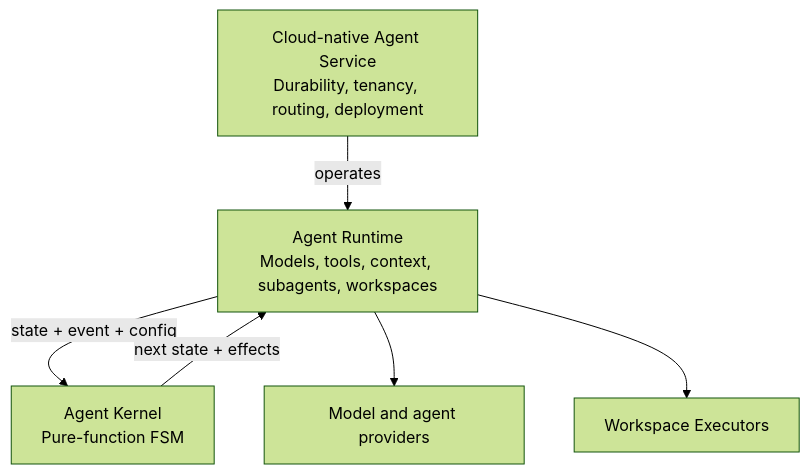
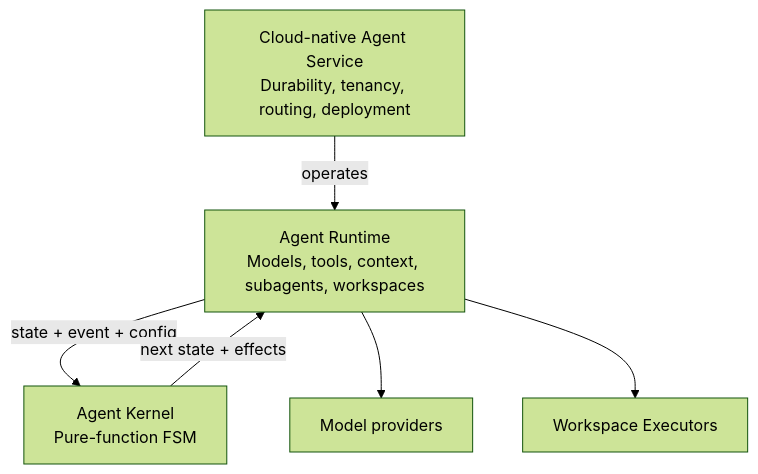
The diagram in README.md (xingsy97/kala), drawn with Mermaid (forest theme) before and after one commit. The commit also changed other lines of this file, not shown here.

````diff
--- a/README.md
+++ b/README.md
@@ -75,14 +75,14 @@
 ```mermaid
 flowchart TB
     Service["Cloud-native Agent Service<br/>Durability, tenancy, routing, deployment"]
     Runtime["Agent Runtime<br/>Models, tools, context, subagents, workspaces"]
     Kernel["Agent Kernel<br/>Pure-function FSM"]
-    Providers["Model and agent providers"]
+    Providers["Model providers"]
     Executors["Workspace Executors"]
 
     Service -->|"operates"| Runtime
     Runtime -->|"state + event + config"| Kernel
     Kernel -->|"next state + effects"| Runtime
     Runtime --> Providers
     Runtime --> Executors
 ```
````
